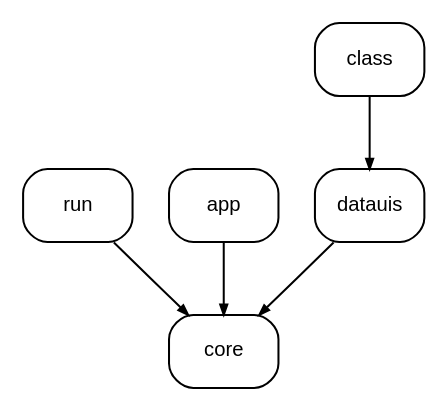
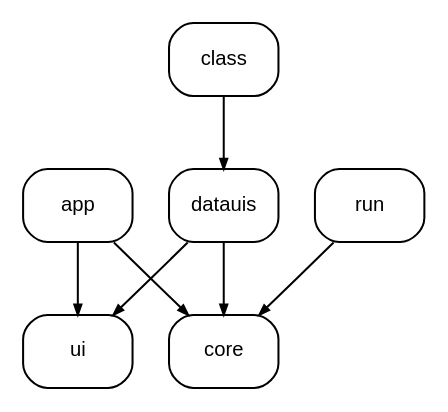
The diagram in assets/local-packages-graph.dot (m-bock/purescript-interactive-data), drawn with Graphviz before and after one commit. The commit also changed 7 other files, not shown here.

```diff
--- a/assets/local-packages-graph.dot
+++ b/assets/local-packages-graph.dot
@@ -1,18 +1,19 @@
 digraph G {
   node [
     shape=rect;
     style=rounded;
     fontname="Arial"
     fontsize="10"
   ];
   
   edge [
     arrowsize=0.5
   ];
   
-  
+  datauis -> ui;
   datauis -> core;
   class -> datauis;
   run -> core;
   app -> core;
+  app -> ui;
 }
```
